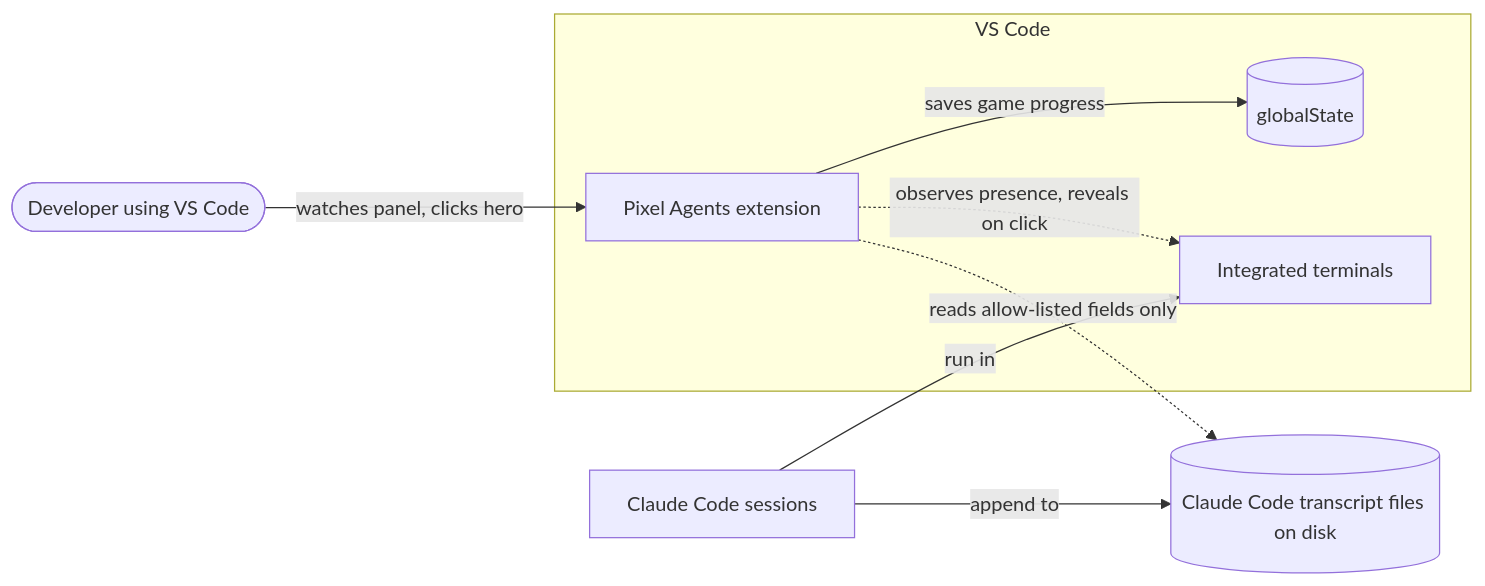
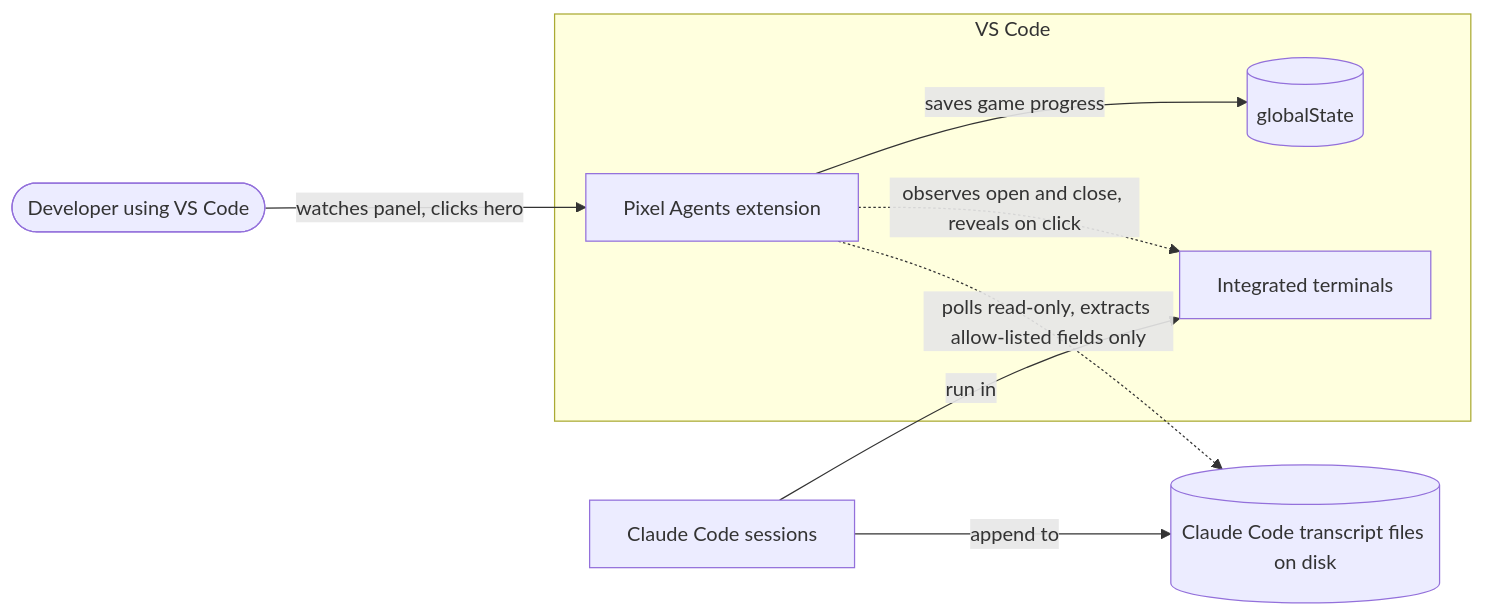
One commit to GrapeJuicer01/vscode-dungeon-crawlers changed the first of 2 diagrams in docs/architecture/overview.md. Above: the diagram before and after it, drawn with Mermaid. The commit also changed other lines of this file and 61 other files, not shown here.

First line of the commit message:
feat: read-only agent monitor (M3)

````diff
--- a/docs/architecture/overview.md
+++ b/docs/architecture/overview.md
@@ -12,18 +12,18 @@
 ```mermaid
 flowchart LR
   user([Developer using VS Code])
   subgraph vscode[VS Code]
     ext[Pixel Agents extension]
     term[Integrated terminals]
     state[(globalState)]
   end
   cc[Claude Code sessions]
   tx[(Claude Code transcript files on disk)]
 
   user -- watches panel, clicks hero --> ext
   cc -- run in --> term
   cc -- append to --> tx
-  ext -. reads allow-listed fields only .-> tx
-  ext -. observes presence, reveals on click .-> term
+  ext -. polls read-only, extracts allow-listed fields only .-> tx
+  ext -. observes open and close, reveals on click .-> term
   ext -- saves game progress --> state
 ```
````
